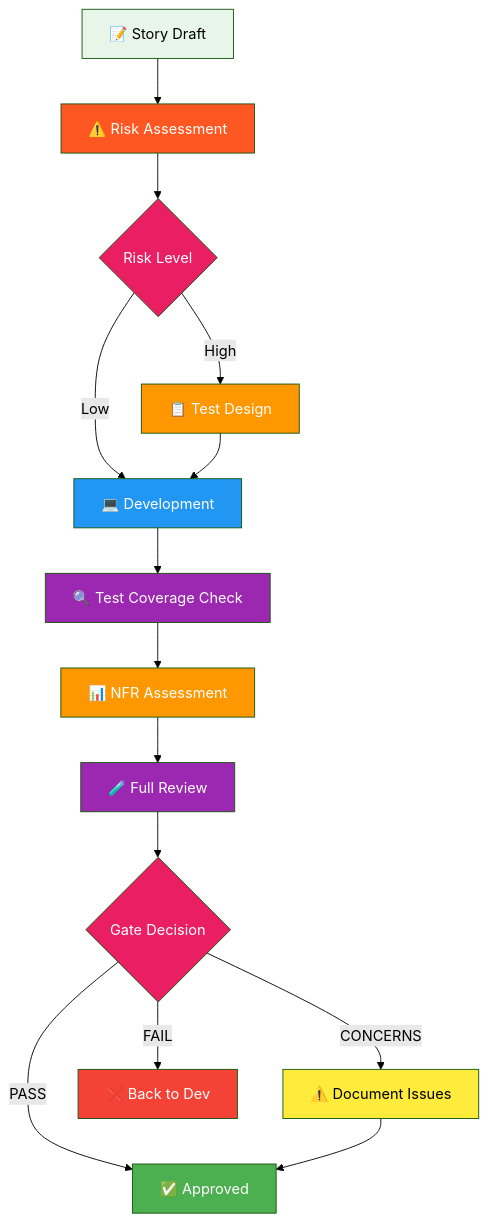
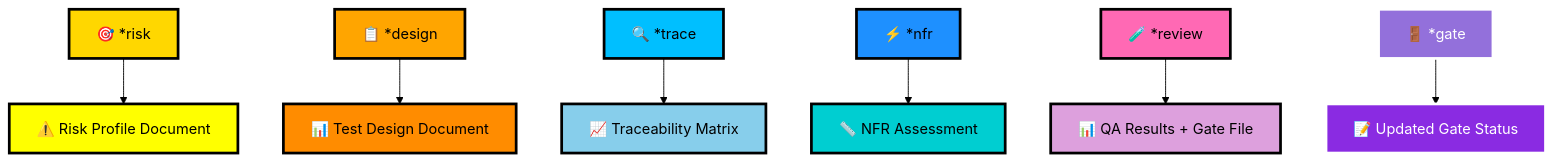
Before and after one commit to garkpit/RT-Vault: the eighth of 12 diagrams in BMAD-method/BMAD-method - a visual guide.md, drawn with Mermaid (forest theme). The commit also changed other lines of this file and 7 other files, not shown here.

````diff
--- a/BMAD-method/BMAD-method - a visual guide.md
+++ b/BMAD-method/BMAD-method - a visual guide.md
@@ -356,29 +277,22 @@
 ```mermaid
 graph TD
-    A["📝 Story Draft"] --> B["⚠️ Risk Assessment"]
-    B --> C{"Risk Level"}
-    C -->|High| D["📋 Test Design"]
-    C -->|Low| E["💻 Development"]
-    D --> E
-    E --> F["🔍 Test Coverage Check"]
-    F --> G["📊 NFR Assessment"]
-    G --> H["🧪 Full Review"]
-    H --> I{"Gate Decision"}
-    I -->|PASS| J["✅ Approved"]
-    I -->|CONCERNS| K["⚠️ Document Issues"]
-    I -->|FAIL| L["❌ Back to Dev"]
-    K --> J
+    Q1["🎯 *risk"] --> Q1A["⚠️ Risk Profile Document"]
+    Q2["📋 *design"] --> Q2A["📊 Test Design Document"]
+    Q3["🔍 *trace"] --> Q3A["📈 Traceability Matrix"]
+    Q4["⚡ *nfr"] --> Q4A["📏 NFR Assessment"]
+    Q5["🧪 *review"] --> Q5A["📊 QA Results + Gate File"]
+    Q6["🚪 *gate"] --> Q6A["📝 Updated Gate Status"]
     
-    style A fill:#e8f5e9,color:#000
-    style B fill:#ff5722,color:#fff
-    style C fill:#e91e63,color:#fff
-    style D fill:#ff9800,color:#fff
-    style E fill:#2196f3,color:#fff
-    style F fill:#9c27b0,color:#fff
-    style G fill:#ff9800,color:#fff
-    style H fill:#9c27b0,color:#fff
-    style I fill:#e91e63,color:#fff
-    style J fill:#4caf50,color:#fff
-    style K fill:#ffeb3b,color:#000
-    style L fill:#f44336,color:#fff
+    style Q1 fill:#FFD700,color:#000000,stroke:#000000,stroke-width:3px
+    style Q1A fill:#FFFF00,color:#000000,stroke:#000000,stroke-width:3px
+    style Q2 fill:#FFA500,color:#000000,stroke:#000000,stroke-width:3px
+    style Q2A fill:#FF8C00,color:#000000,stroke:#000000,stroke-width:3px
+    style Q3 fill:#00BFFF,color:#000000,stroke:#000000,stroke-width:3px
+    style Q3A fill:#87CEEB,color:#000000,stroke:#000000,stroke-width:3px
+    style Q4 fill:#1E90FF,color:#000000,stroke:#000000,stroke-width:3px
+    style Q4A fill:#00CED1,color:#000000,stroke:#000000,stroke-width:3px
+    style Q5 fill:#FF69B4,color:#000000,stroke:#000000,stroke-width:3px
+    style Q5A fill:#DDA0DD,color:#000000,stroke:#000000,stroke-width:3px
+    style Q6 fill:#9370DB,color:#FFFFFF,stroke:#FFFFFF,stroke-width:3px
+    style Q6A fill:#8A2BE2,color:#FFFFFF,stroke:#FFFFFF,stroke-width:3px
 ```
````
